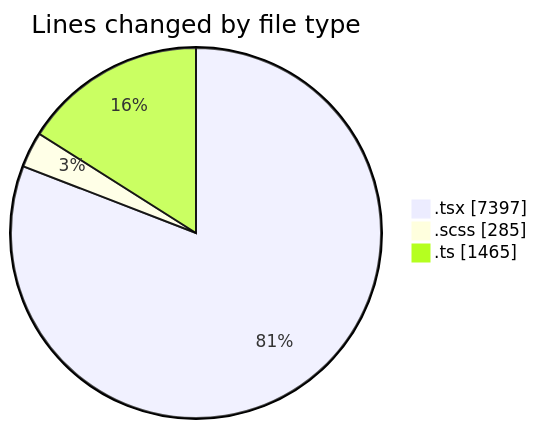
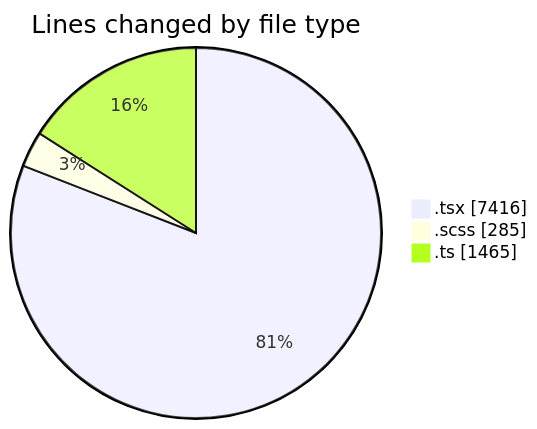
One commit to momahboobian/code-tracking changed the first of 2 diagrams in 2026-02-25/cda/README.md. Above: the diagram before and after it, drawn with Mermaid. The commit also changed other lines of this file and 1 other file, not shown here.

````diff
--- a/2026-02-25/cda/README.md
+++ b/2026-02-25/cda/README.md
@@ -26,7 +26,7 @@
 ```mermaid
 pie showData
 title Lines changed by file type
-".tsx" : 7397
+".tsx" : 7416
 ".scss" : 285
 ".ts" : 1465
 ```
````
